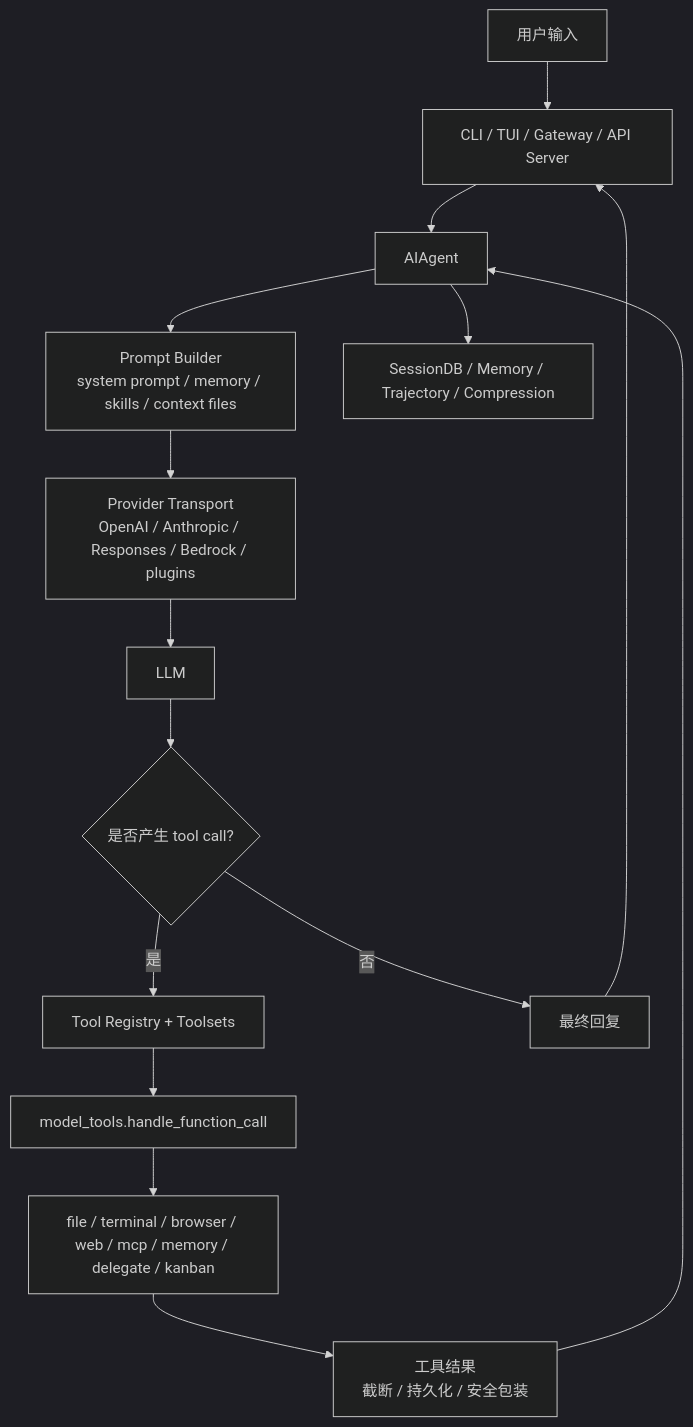
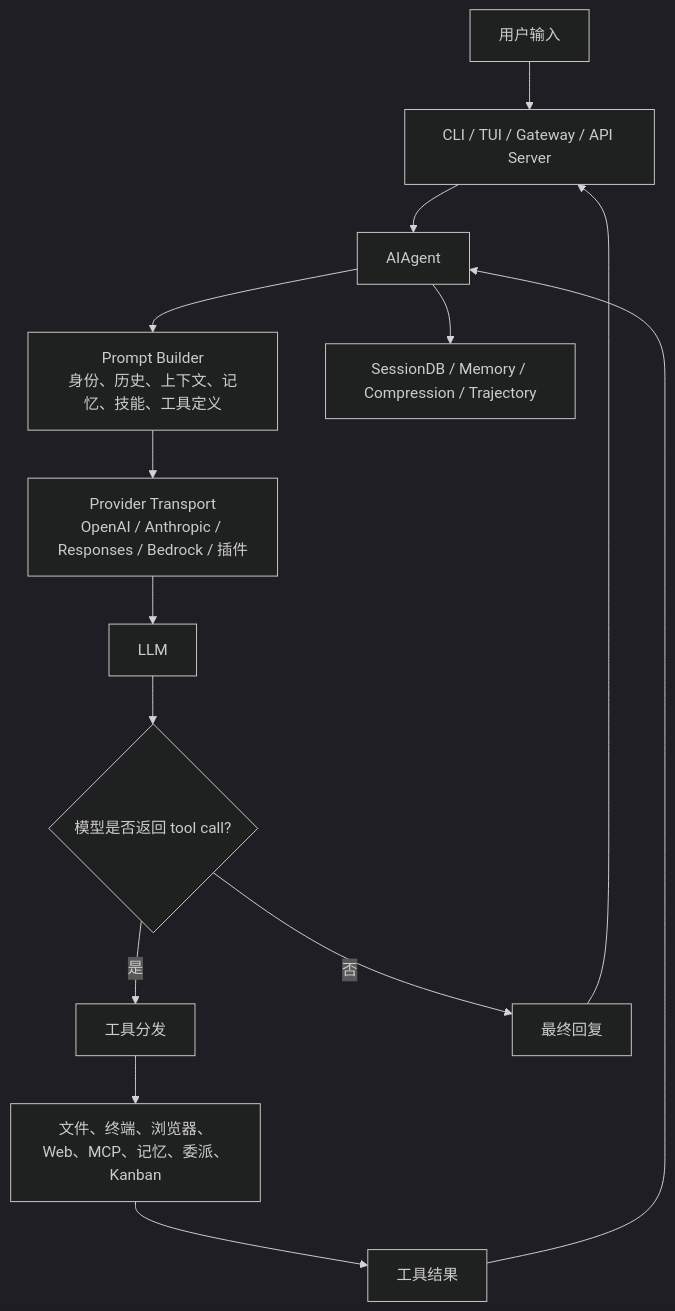
One commit to teachershuang/Hermes-learn changed the first of 3 diagrams in docs/stage-0/00-全局架构地图.md. Above: the diagram before and after it, drawn with Mermaid (dark theme). The commit also changed other lines of this file, not shown here.

Commit message:
Revise first lesson for open source notes

````diff
--- a/docs/stage-0/00-全局架构地图.md
+++ b/docs/stage-0/00-全局架构地图.md
@@ -20,17 +21,16 @@
 ```mermaid
 flowchart TD
     User["用户输入"] --> Surface["CLI / TUI / Gateway / API Server"]
     Surface --> Agent["AIAgent"]
-    Agent --> Prompt["Prompt Builder\nsystem prompt / memory / skills / context files"]
-    Prompt --> Provider["Provider Transport\nOpenAI / Anthropic / Responses / Bedrock / plugins"]
+    Agent --> Prompt["Prompt Builder\n身份、历史、上下文、记忆、技能、工具定义"]
+    Prompt --> Provider["Provider Transport\nOpenAI / Anthropic / Responses / Bedrock / 插件"]
     Provider --> Model["LLM"]
-    Model --> Decision{"是否产生 tool call?"}
-    Decision -- "是" --> ToolDefs["Tool Registry + Toolsets"]
-    ToolDefs --> Dispatch["model_tools.handle_function_call"]
-    Dispatch --> Tool["file / terminal / browser / web / mcp / memory / delegate / kanban"]
-    Tool --> Result["工具结果\n截断 / 持久化 / 安全包装"]
+    Model --> Decision{"模型是否返回 tool call?"}
+    Decision -- "是" --> Dispatch["工具分发"]
+    Dispatch --> Tool["文件、终端、浏览器、Web、MCP、记忆、委派、Kanban"]
+    Tool --> Result["工具结果"]
     Result --> Agent
     Decision -- "否" --> Final["最终回复"]
-    Agent --> State["SessionDB / Memory / Trajectory / Compression"]
+    Agent --> State["SessionDB / Memory / Compression / Trajectory"]
     Final --> Surface
 ```
````
